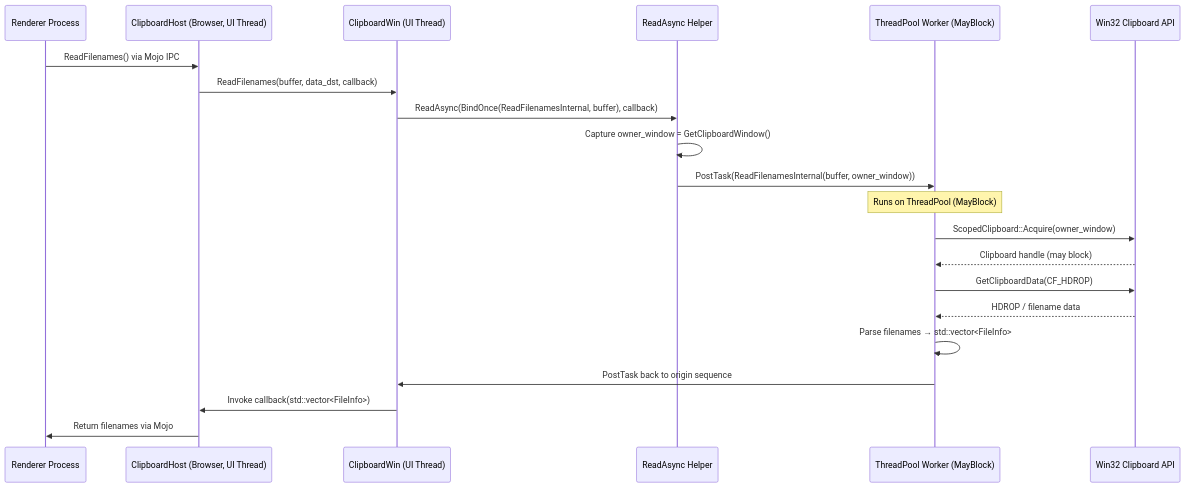
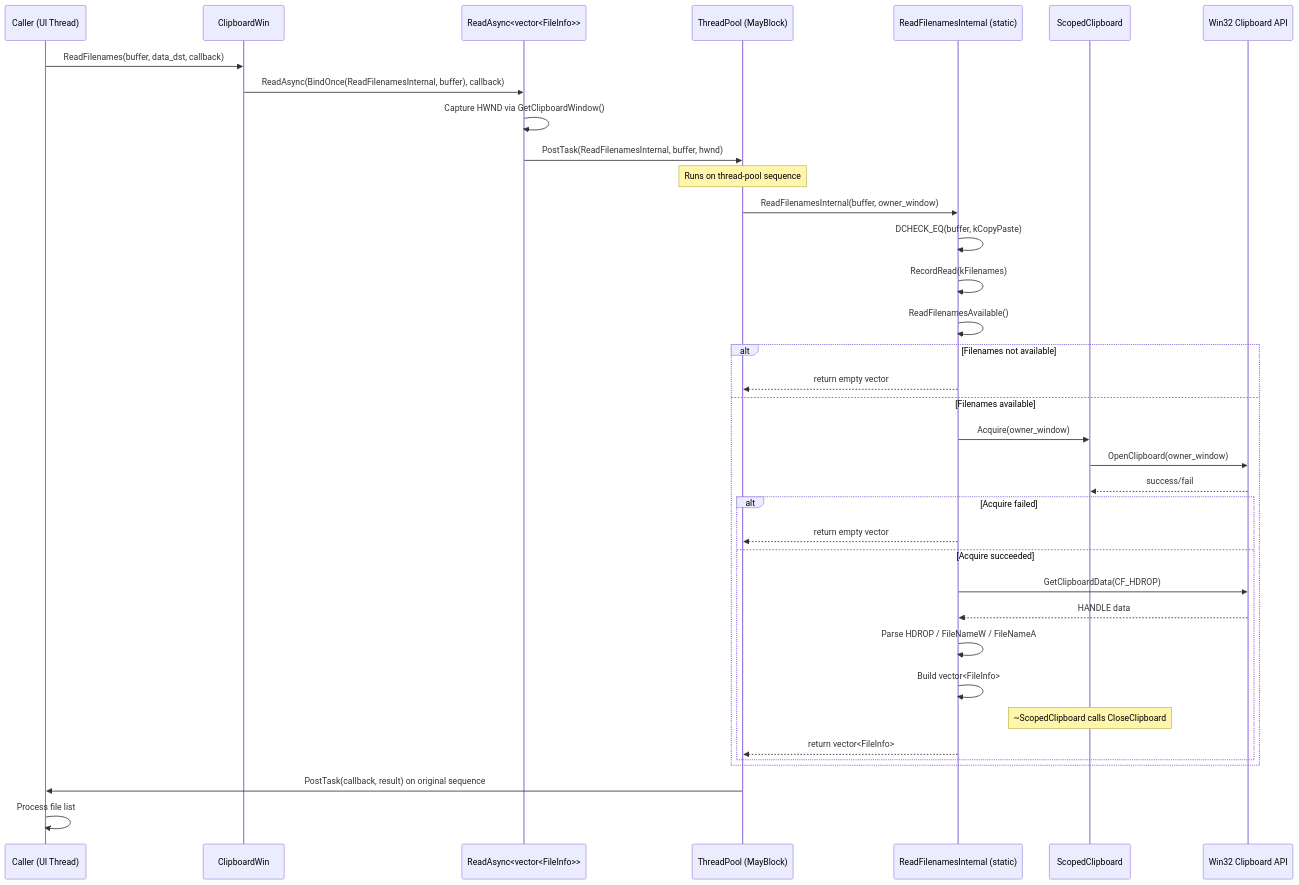
One commit to roraja/cr-llm-docs changed the second of 3 diagrams in fixes/cl-7556734-20260213/hld.md. Above: the diagram before and after it, drawn with Mermaid. The commit also changed other lines of this file, not shown here.

````diff
--- a/fixes/cl-7556734-20260213/hld.md
+++ b/fixes/cl-7556734-20260213/hld.md
@@ -100,26 +101,41 @@
 ```mermaid
 sequenceDiagram
-    participant Renderer as Renderer Process
-    participant CH as ClipboardHost (Browser, UI Thread)
-    participant CW as ClipboardWin (UI Thread)
-    participant RA as ReadAsync Helper
-    participant TP as ThreadPool Worker (MayBlock)
-    participant Win32 as Win32 Clipboard API
+    participant Caller as Caller (UI Thread)
+    participant CW as ClipboardWin
+    participant RA as ReadAsync<vector<FileInfo>>
+    participant TP as ThreadPool (MayBlock)
+    participant RFI as ReadFilenamesInternal (static)
+    participant SC as ScopedClipboard
+    participant W32 as Win32 Clipboard API
 
-    Renderer->>CH: ReadFilenames() via Mojo IPC
-    CH->>CW: ReadFilenames(buffer, data_dst, callback)
+    Caller->>CW: ReadFilenames(buffer, data_dst, callback)
     CW->>RA: ReadAsync(BindOnce(ReadFilenamesInternal, buffer), callback)
-    RA->>RA: Capture owner_window = GetClipboardWindow()
-    RA->>TP: PostTask(ReadFilenamesInternal(buffer, owner_window))
+    RA->>RA: Capture HWND via GetClipboardWindow()
+    RA->>TP: PostTask(ReadFilenamesInternal, buffer, hwnd)
+    Note over TP: Runs on thread-pool sequence
 
-    Note over TP: Runs on ThreadPool (MayBlock)
-    TP->>Win32: ScopedClipboard::Acquire(owner_window)
-    Win32-->>TP: Clipboard handle (may block)
-    TP->>Win32: GetClipboardData(CF_HDROP)
-    Win32-->>TP: HDROP / filename data
-    TP->>TP: Parse filenames → std::vector<FileInfo>
+    TP->>RFI: ReadFilenamesInternal(buffer, owner_window)
+    RFI->>RFI: DCHECK_EQ(buffer, kCopyPaste)
+    RFI->>RFI: RecordRead(kFilenames)
+    RFI->>RFI: ReadFilenamesAvailable()
+    alt Filenames not available
+        RFI-->>TP: return empty vector
+    else Filenames available
+        RFI->>SC: Acquire(owner_window)
+        SC->>W32: OpenClipboard(owner_window)
+        W32-->>SC: success/fail
+        alt Acquire failed
+            RFI-->>TP: return empty vector
+        else Acquire succeeded
+            RFI->>W32: GetClipboardData(CF_HDROP)
+            W32-->>RFI: HANDLE data
+            RFI->>RFI: Parse HDROP / FileNameW / FileNameA
+            RFI->>RFI: Build vector<FileInfo>
+            Note over SC: ~ScopedClipboard calls CloseClipboard
+            RFI-->>TP: return vector<FileInfo>
+        end
+    end
 
-    TP->>CW: PostTask back to origin sequence
-    CW->>CH: Invoke callback(std::vector<FileInfo>)
-    CH->>Renderer: Return filenames via Mojo
+    TP->>Caller: PostTask(callback, result) on original sequence
+    Caller->>Caller: Process file list
 ```
````
